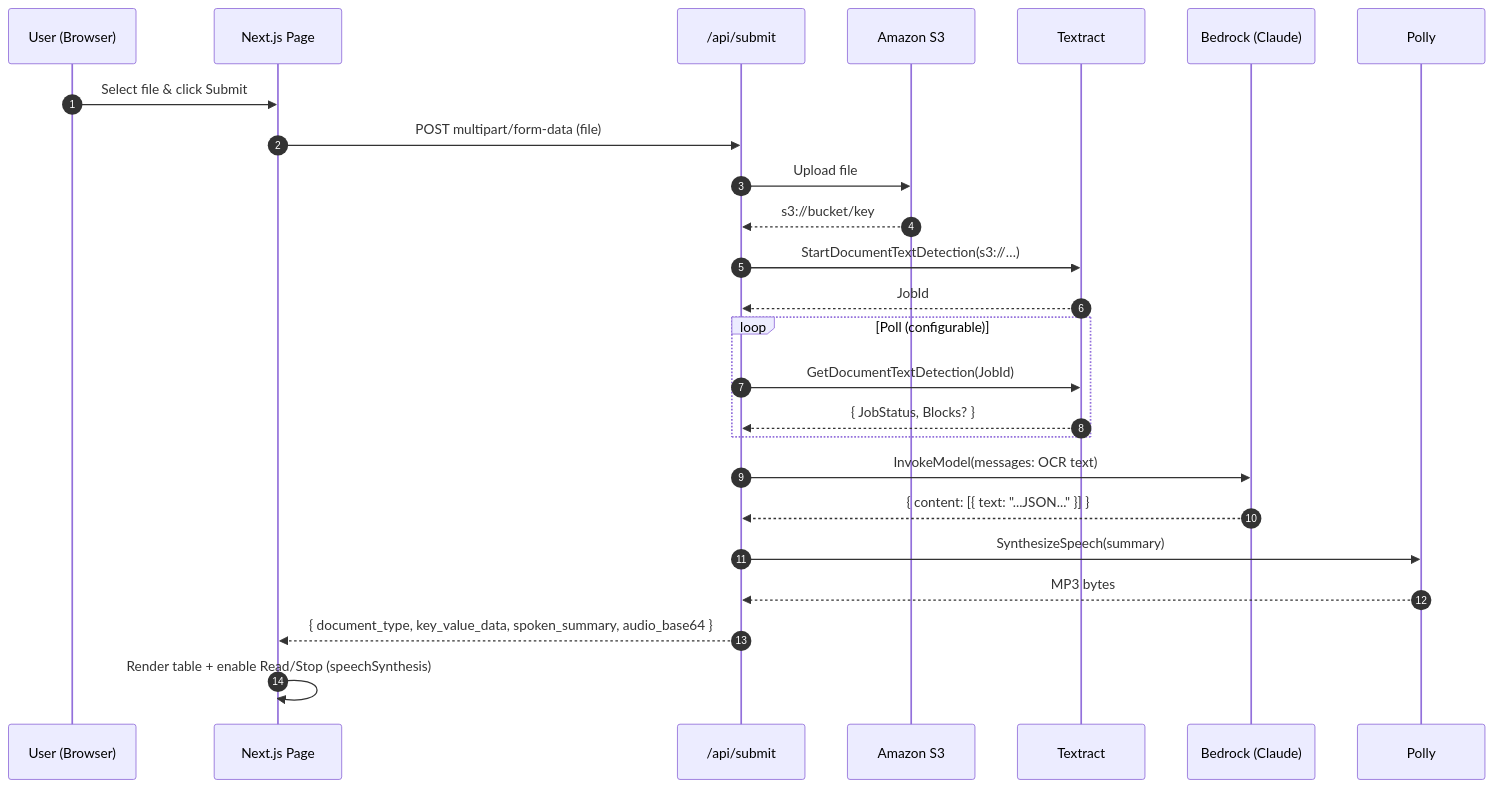
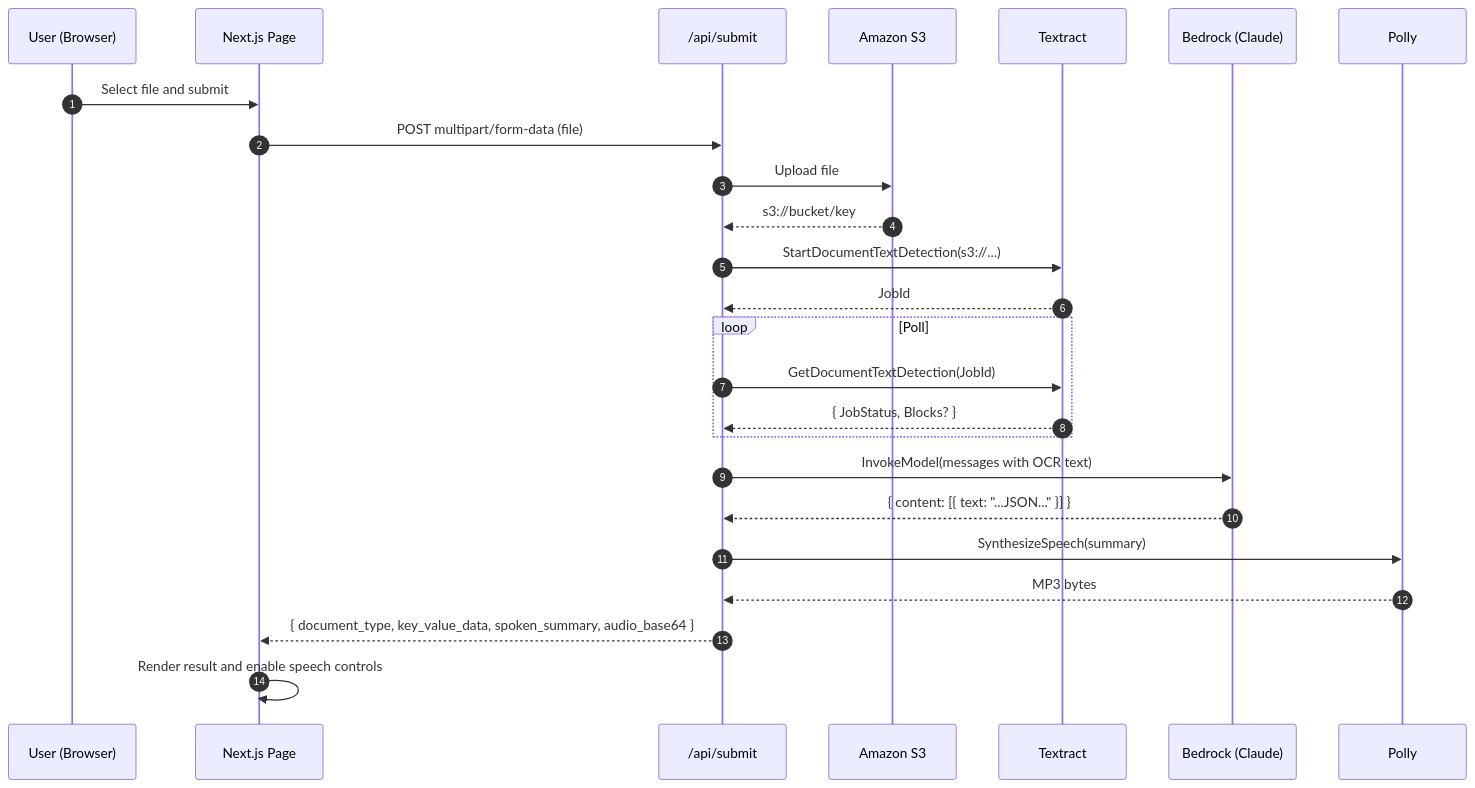
Before and after one commit to MMansij/New-Int: the second of 2 diagrams in README.md, drawn with Mermaid. The commit also changed other lines of this file, not shown here.

````diff
--- a/README.md
+++ b/README.md
@@ -72,32 +77,32 @@
 ```mermaid
 sequenceDiagram
   autonumber
   participant U as User (Browser)
   participant P as Next.js Page
   participant API as /api/submit
   participant S3 as Amazon S3
   participant TX as Textract
   participant BR as Bedrock (Claude)
   participant PL as Polly
 
-  U->>P: Select file & click Submit
+  U->>P: Select file and submit
   P->>API: POST multipart/form-data (file)
   API->>S3: Upload file
   S3-->>API: s3://bucket/key
 
-  API->>TX: StartDocumentTextDetection(s3://…)
+  API->>TX: StartDocumentTextDetection(s3://...)
   TX-->>API: JobId
-  loop Poll (configurable)
+  loop Poll
     API->>TX: GetDocumentTextDetection(JobId)
     TX-->>API: { JobStatus, Blocks? }
   end
 
-  API->>BR: InvokeModel(messages: OCR text)
+  API->>BR: InvokeModel(messages with OCR text)
   BR-->>API: { content: [{ text: "...JSON..." }] }
 
   API->>PL: SynthesizeSpeech(summary)
   PL-->>API: MP3 bytes
 
   API-->>P: { document_type, key_value_data, spoken_summary, audio_base64 }
-  P->>P: Render table + enable Read/Stop (speechSynthesis)
+  P->>P: Render result and enable speech controls
 ```
````
